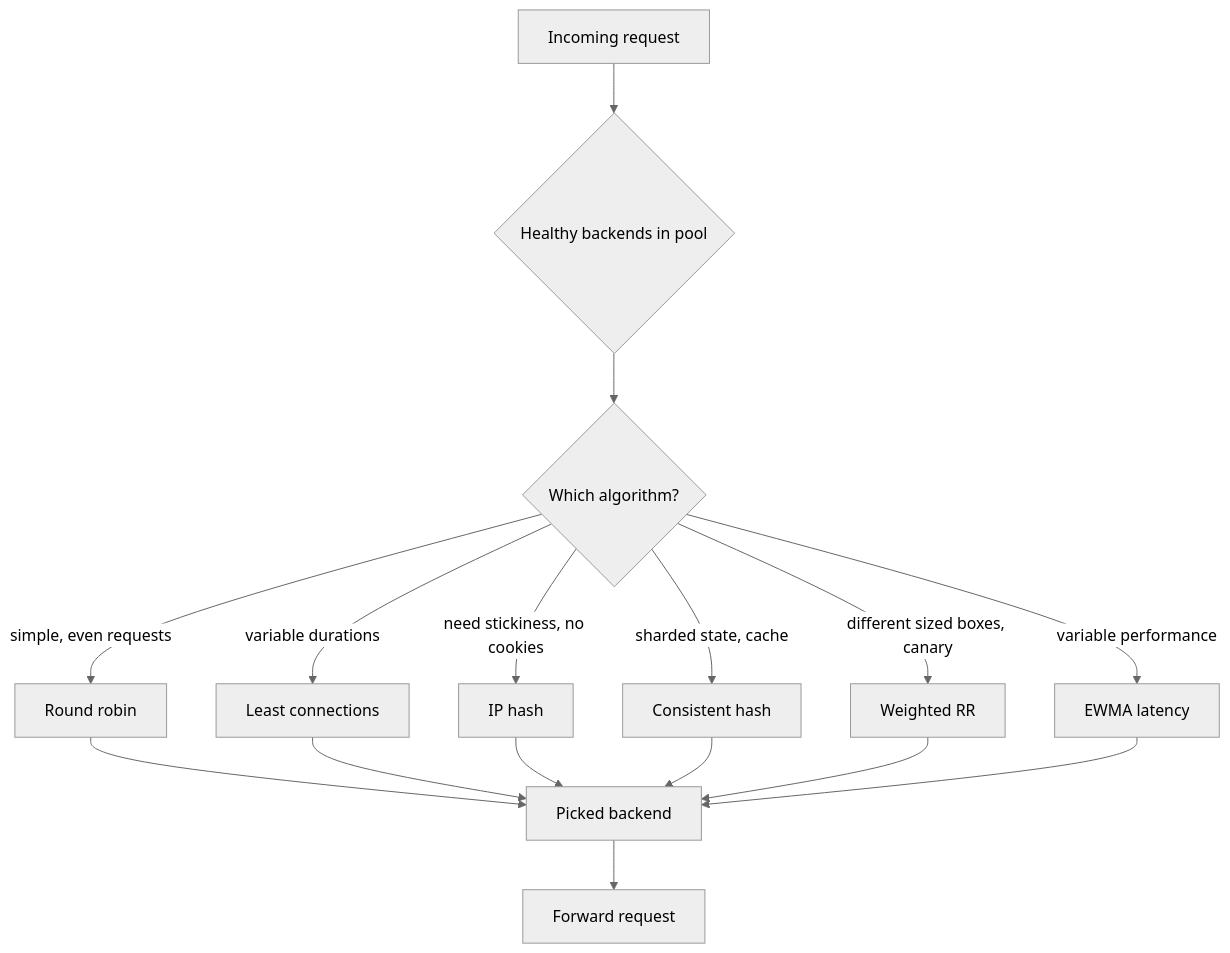
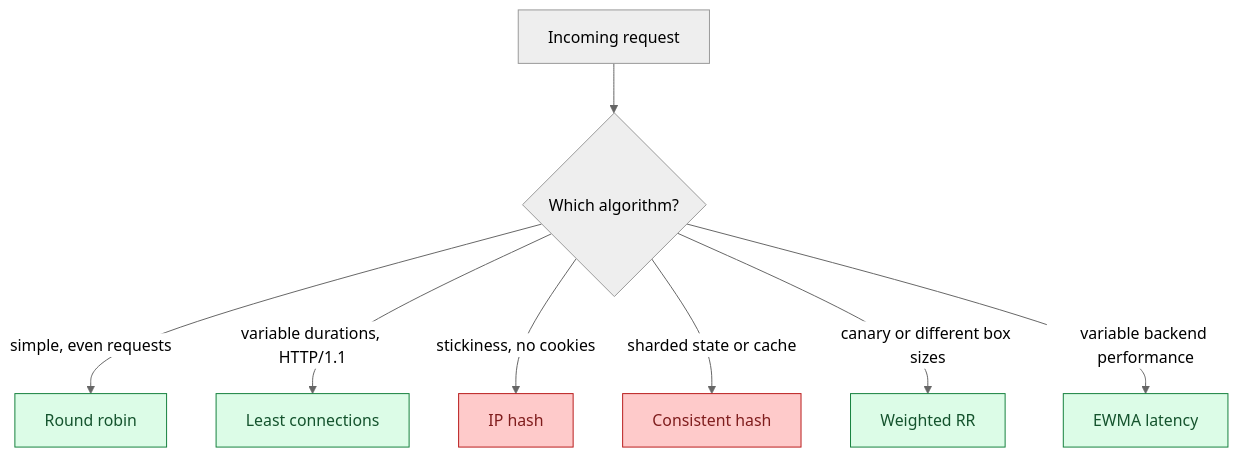
Diagram 11 of 12 in problems/016-load-balancer/question.md (shiningflash/system-design), drawn with Mermaid (neutral theme) before and after one commit. The commit also changed other lines of this file and 38 other files, not shown here.

````diff
--- a/problems/016-load-balancer/question.md
+++ b/problems/016-load-balancer/question.md
@@ -315,18 +386,13 @@
 ```mermaid
 flowchart TD
-    Req[Incoming request] --> Pool{Healthy backends in pool}
-    Pool --> Alg{Which algorithm?}
-    Alg -->|simple, even requests| RR[Round robin]
-    Alg -->|variable durations| LC[Least connections]
-    Alg -->|need stickiness, no cookies| IP[IP hash]
-    Alg -->|sharded state, cache| CH[Consistent hash]
-    Alg -->|different sized boxes, canary| WR[Weighted RR]
-    Alg -->|variable performance| EW[EWMA latency]
-    RR --> Pick[Picked backend]
-    LC --> Pick
-    IP --> Pick
-    CH --> Pick
-    WR --> Pick
-    EW --> Pick
-    Pick --> Fwd[Forward request]
+    Req[Incoming request] --> Q{Which algorithm?}
+    Q -->|simple, even requests| RR["Round robin"]:::app
+    Q -->|variable durations, HTTP/1.1| LC["Least connections"]:::app
+    Q -->|stickiness, no cookies| IP["IP hash"]:::cache
+    Q -->|sharded state or cache| CH["Consistent hash"]:::cache
+    Q -->|canary or different box sizes| WR["Weighted RR"]:::app
+    Q -->|variable backend performance| EW["EWMA latency"]:::app
+
+    classDef app fill:#dcfce7,stroke:#15803d,color:#14532d
+    classDef cache fill:#fecaca,stroke:#b91c1c,color:#7f1d1d
 ```
````
